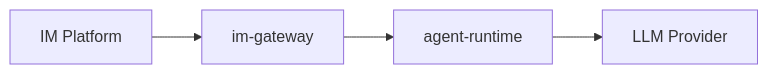
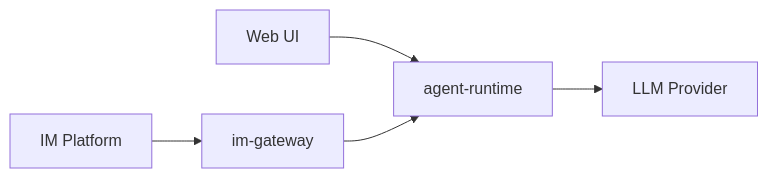
One commit to Wh1isper/netherbrain changed the diagram in AGENTS.md. Above: the diagram before and after it, drawn with Mermaid. The commit also changed other lines of this file and 29 other files, not shown here.

First line of the commit message:
feat: add web UI scaffold and agent-runtime design spec

````diff
--- a/AGENTS.md
+++ b/AGENTS.md
@@ -12,6 +12,7 @@
 ```mermaid
 graph LR
+    UI[Web UI] --> RT[agent-runtime]
     IM[IM Platform] --> GW[im-gateway]
-    GW --> RT[agent-runtime]
+    GW --> RT
     RT --> LLM[LLM Provider]
 ```
````
